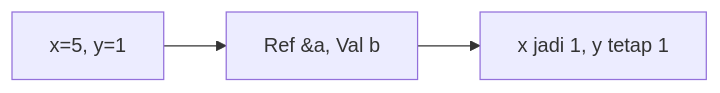
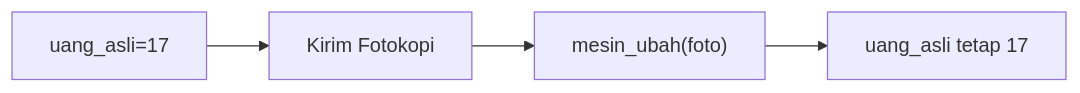
One commit to amnahwaida/OSNK_INF_PREP changed diagram 12 of 25 in part-c-pemahaman-cpp/04-fungsi/latihan/set-10.md. Above: the diagram before and after it, drawn with Mermaid. The commit also changed other lines of this file and 71 other files, not shown here.

````diff
--- a/part-c-pemahaman-cpp/04-fungsi/latihan/set-10.md
+++ b/part-c-pemahaman-cpp/04-fungsi/latihan/set-10.md
@@ -313,5 +329,6 @@
 ```mermaid
 graph LR
-A["x=5, y=1"] --> B["Ref &a, Val b"]
-B --> C["x jadi 1, y tetap 1"]
+A["uang_asli=17"] --> B["Kirim Fotokopi"]
+B --> C["mesin_ubah(foto)"]
+C --> D["uang_asli tetap 17"]
 ```
````
